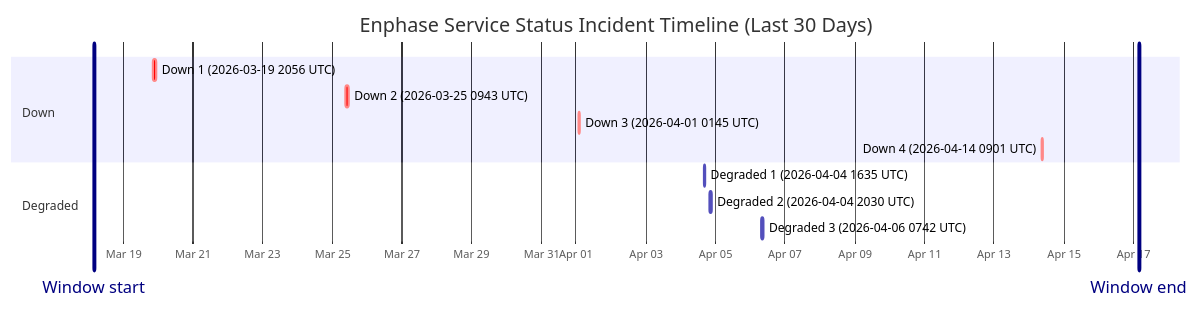
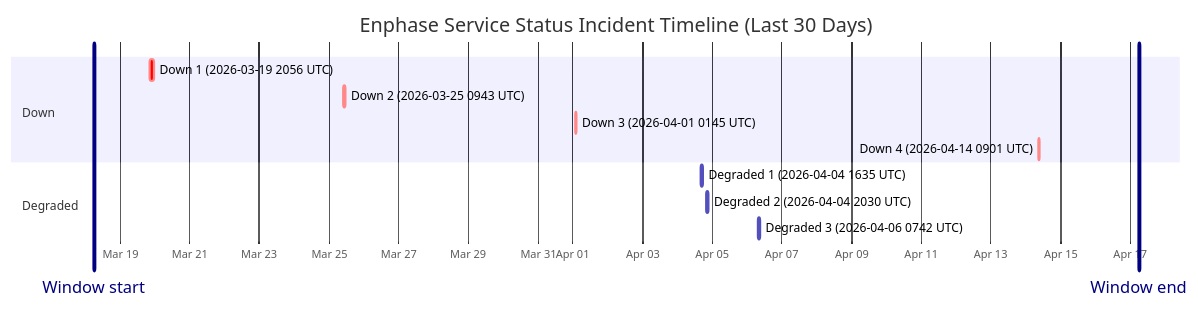
The diagram in wiki/Service-Status-History.md (barneyonline/ha-enphase-ev-charger), drawn with Mermaid before and after one commit. The commit also changed other lines of this file and 3 other files, not shown here.

````diff
--- a/wiki/Service-Status-History.md
+++ b/wiki/Service-Status-History.md
@@ -14,17 +14,17 @@
 ```mermaid
 gantt
     title Enphase Service Status Incident Timeline (Last 30 Days)
     dateFormat  YYYY-MM-DDTHH:mm:ss
     axisFormat  %b %d
-    Window start :vert, window-start, 2026-03-18T03:50:32, 0ms
-    Window end :vert, window-end, 2026-04-17T03:50:32, 0ms
+    Window start :vert, window-start, 2026-03-18T06:02:27, 0ms
+    Window end :vert, window-end, 2026-04-17T06:02:27, 0ms
     section Down
     Down 1 (2026-03-19 2056 UTC) :crit, down-1, 2026-03-19T20:56:20, 145m
     Down 2 (2026-03-25 0943 UTC) :crit, down-2, 2026-03-25T09:43:28, 111m
     Down 3 (2026-04-01 0145 UTC) :crit, down-3, 2026-04-01T01:45:09, 60m
     Down 4 (2026-04-14 0901 UTC) :crit, down-4, 2026-04-14T09:01:13, 60m
     section Degraded
     Degraded 1 (2026-04-04 1635 UTC) :active, degraded-1, 2026-04-04T16:35:17, 60m
     Degraded 2 (2026-04-04 2030 UTC) :active, degraded-2, 2026-04-04T20:30:40, 60m
     Degraded 3 (2026-04-06 0742 UTC) :active, degraded-3, 2026-04-06T07:42:09, 85m
 ```
````
